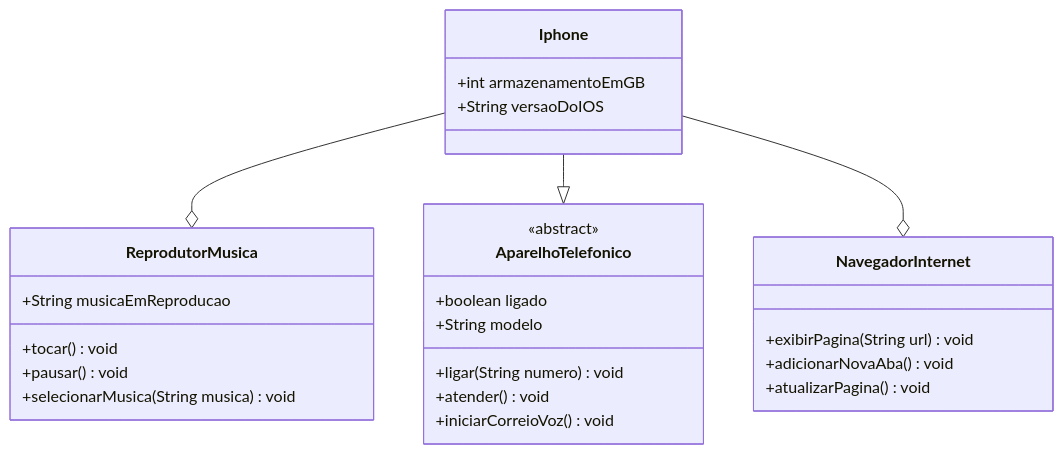
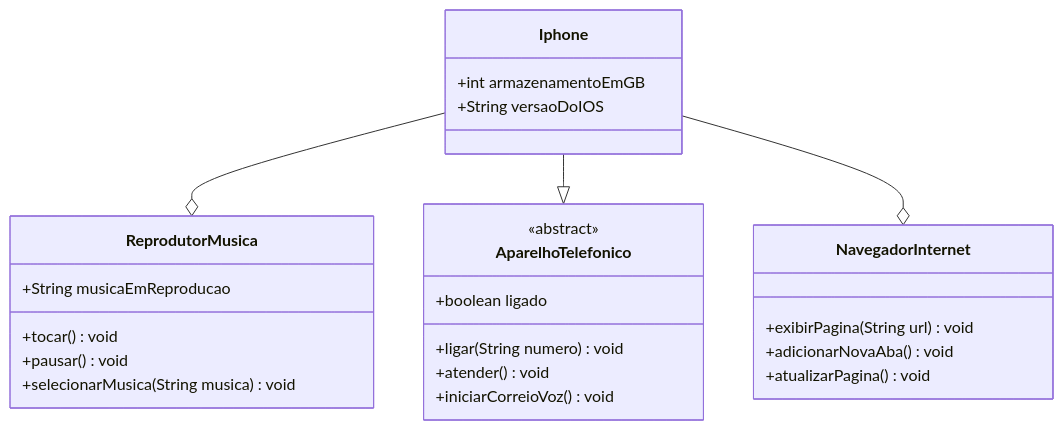
Before and after one commit to HenriqueOFreitas/UML-IPHONE: the diagram in README.md, drawn with Mermaid. The commit also changed 2 other files, not shown here.

Commit message:
AparelhoTelefonico update

````diff
--- a/README.md
+++ b/README.md
@@ -28,33 +28,32 @@
 ```mermaid
 classDiagram
     Iphone --o ReprodutorMusica
     Iphone --|> AparelhoTelefonico
     Iphone --o NavegadorInternet
 
     class Iphone {
         +int armazenamentoEmGB
         +String versaoDoIOS
     }
 
     class ReprodutorMusica{
       +String musicaEmReproducao
       +tocar() void
       +pausar() void
       +selecionarMusica(String musica) void
     }
 
     class AparelhoTelefonico {
         <<abstract>>
         +boolean ligado
-        +String modelo
         +ligar(String numero) void
         +atender() void
         +iniciarCorreioVoz() void
     }
 
     class NavegadorInternet {
         +exibirPagina(String url) void
         +adicionarNovaAba() void
         +atualizarPagina() void
     }
 ```
````
